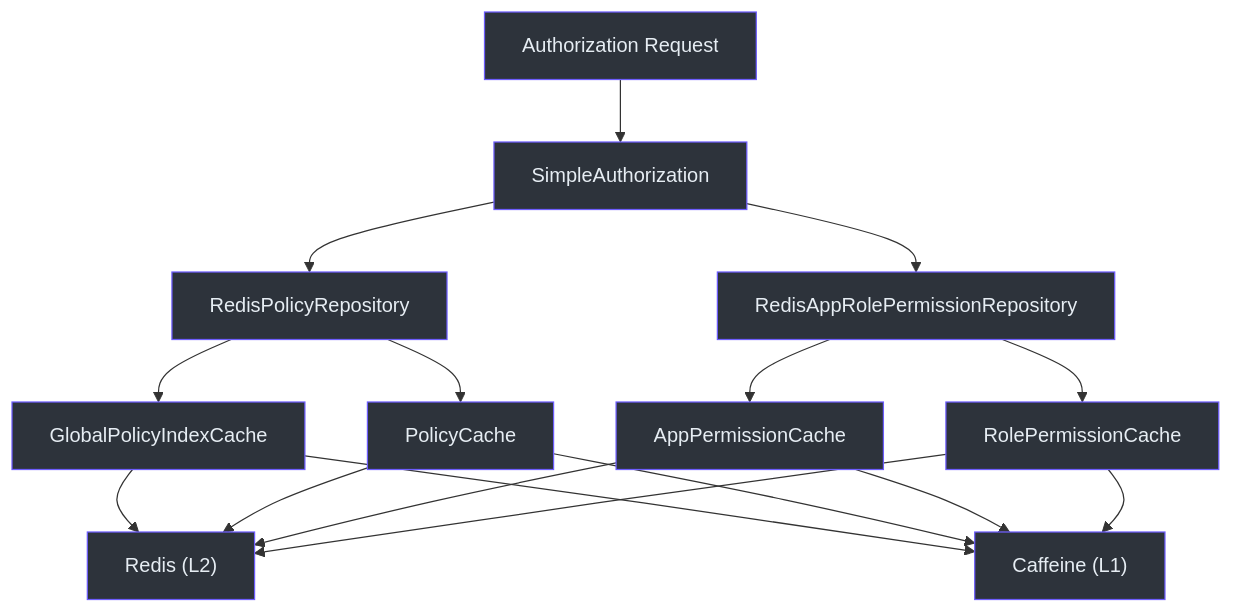
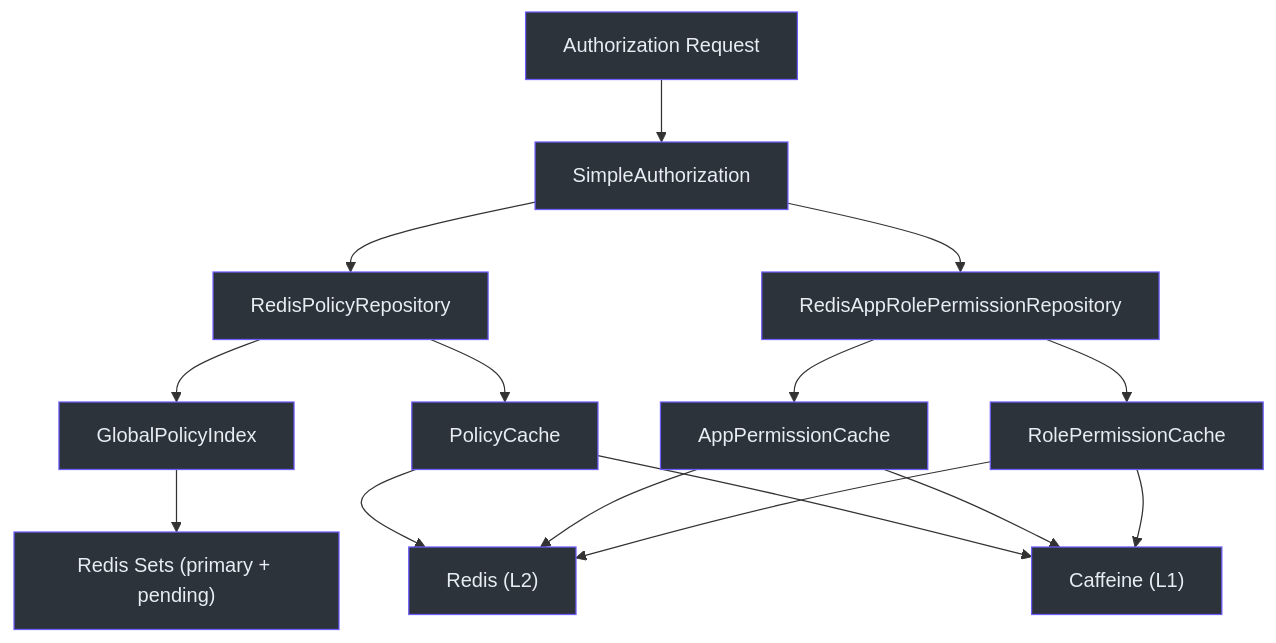
One commit to Ahoo-Wang/CoSec changed the first of 4 diagrams in wiki/deep-dive/integrations/redis-caching.md. Above: the diagram before and after it, drawn with Mermaid. The commit also changed other lines of this file and 43 other files, not shown here.

````diff
--- a/wiki/deep-dive/integrations/redis-caching.md
+++ b/wiki/deep-dive/integrations/redis-caching.md
@@ -12,30 +12,32 @@
 ```mermaid
 graph TD
     A["Authorization Request"] --> B["SimpleAuthorization"]
     B --> C["RedisPolicyRepository"]
     B --> D["RedisAppRolePermissionRepository"]
-    C --> E["GlobalPolicyIndexCache"]
+    C --> E["GlobalPolicyIndex"]
     C --> F["PolicyCache"]
     D --> G["AppPermissionCache"]
     D --> H["RolePermissionCache"]
-    E --> I["Redis (L2)"]
+    E --> K["Redis Sets (primary + pending)"]
+    I["Redis (L2)"]
+    J["Caffeine (L1)"]
     F --> I
     G --> I
     H --> I
-    E --> J["Caffeine (L1)"]
     F --> J
     G --> J
     H --> J
 
     style A fill:#2d333b,stroke:#6d5dfc,color:#e6edf3
     style B fill:#2d333b,stroke:#6d5dfc,color:#e6edf3
     style C fill:#2d333b,stroke:#6d5dfc,color:#e6edf3
     style D fill:#2d333b,stroke:#6d5dfc,color:#e6edf3
     style E fill:#2d333b,stroke:#6d5dfc,color:#e6edf3
     style F fill:#2d333b,stroke:#6d5dfc,color:#e6edf3
     style G fill:#2d333b,stroke:#6d5dfc,color:#e6edf3
     style H fill:#2d333b,stroke:#6d5dfc,color:#e6edf3
     style I fill:#2d333b,stroke:#6d5dfc,color:#e6edf3
     style J fill:#2d333b,stroke:#6d5dfc,color:#e6edf3
+    style K fill:#2d333b,stroke:#6d5dfc,color:#e6edf3
 
 ```
````
